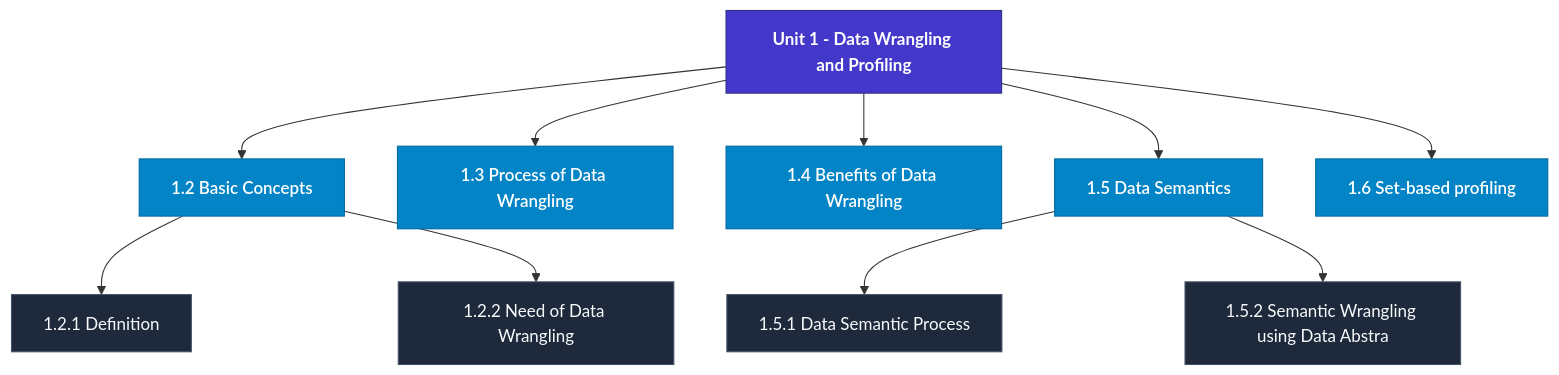
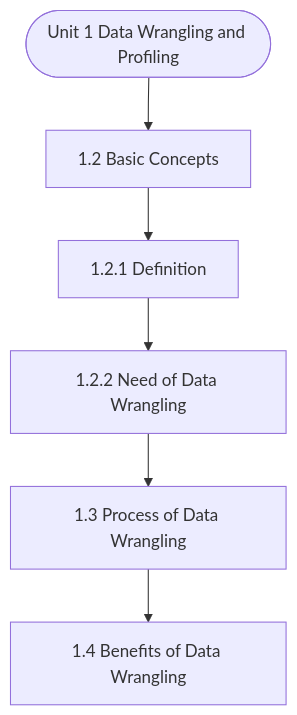
One commit to Asutosh-Coaching/mscdsa changed the diagram in notes/Semester_2/MCS-067_Data_Wrangling_and_Visualization/unit_01_Data_Wrangling_and_Profiling.md. Above: the diagram before and after it, drawn with Mermaid. The commit also changed other lines of this file and 115 other files, not shown here.

Commit message:
Fix Mermaid layout for mobile, isolate LaTeX delimiters, and add GitHub Pages reader

````diff
--- a/notes/Semester_2/MCS-067_Data_Wrangling_and_Visualization/unit_01_Data_Wrangling_and_Profiling.md
+++ b/notes/Semester_2/MCS-067_Data_Wrangling_and_Visualization/unit_01_Data_Wrangling_and_Profiling.md
@@ -19,27 +19,14 @@
 ```mermaid
 flowchart TD
-  %% Styling Definitions
-  classDef head fill:#4338ca,stroke:#312e81,color:#ffffff,font-weight:bold;
-  classDef topic fill:#0284c7,stroke:#0369a1,color:#ffffff,font-weight:600;
-  classDef sub fill:#1e293b,stroke:#475569,color:#f8fafc;
-
-  Root["Unit 1 - Data Wrangling and Profiling"]:::head
-  M1["1.2 Basic Concepts"]:::topic
-  Root --> M1
-  M1_1["1.2.1 Definition"]:::sub
-  M1 --> M1_1
-  M1_2["1.2.2 Need of Data Wrangling"]:::sub
-  M1 --> M1_2
-  M2["1.3 Process of Data Wrangling"]:::topic
-  Root --> M2
-  M3["1.4 Benefits of Data Wrangling"]:::topic
-  Root --> M3
-  M4["1.5 Data Semantics"]:::topic
-  Root --> M4
-  M4_1["1.5.1 Data Semantic Process"]:::sub
-  M4 --> M4_1
-  M4_2["1.5.2 Semantic Wrangling using Data Abstra"]:::sub
-  M4 --> M4_2
-  M5["1.6 Set-based profiling"]:::topic
-  Root --> M5
+  Start(["Unit 1 Data Wrangling and Profiling"])
+  N1["1.2 Basic Concepts"]
+  N2["1.2.1 Definition"]
+  N3["1.2.2 Need of Data Wrangling"]
+  N4["1.3 Process of Data Wrangling"]
+  N5["1.4 Benefits of Data Wrangling"]
+  Start --> N1
+  N1 --> N2
+  N2 --> N3
+  N3 --> N4
+  N4 --> N5
 ```
````
